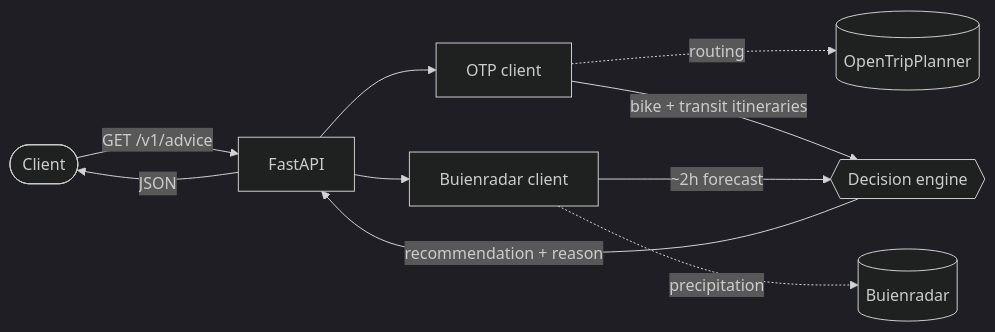
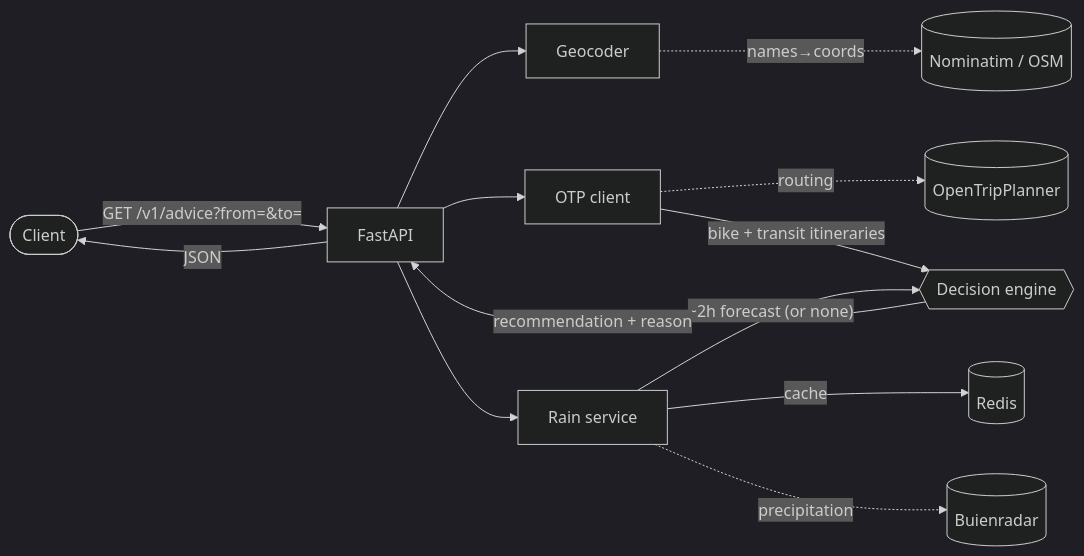
Before and after one commit to rospocroccante/fiets-of-ov: the diagram in README.md, drawn with Mermaid (dark theme). The commit also changed other lines of this file and 15 other files, not shown here.

````diff
--- a/README.md
+++ b/README.md
@@ -18,9 +18,12 @@
 ```mermaid
 flowchart LR
-    client([Client]) -->|"GET /v1/advice"| api["FastAPI"]
+    client([Client]) -->|"GET /v1/advice?from=&to="| api["FastAPI"]
+    api --> geo["Geocoder"] -.names→coords.-> nom[("Nominatim / OSM")]
     api --> otp["OTP client"] -.routing.-> otpsvc[("OpenTripPlanner")]
-    api --> rain["Buienradar client"] -.precipitation.-> brsvc[("Buienradar")]
+    api --> rain["Rain service"]
+    rain -->|cache| redis[("Redis")]
+    rain -.precipitation.-> brsvc[("Buienradar")]
     otp -->|"bike + transit itineraries"| engine{{"Decision engine"}}
-    rain -->|"~2h forecast"| engine
+    rain -->|"~2h forecast (or none)"| engine
     engine -->|"recommendation + reason"| api -->|"JSON"| client
 ```
````
